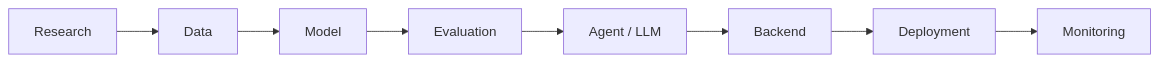
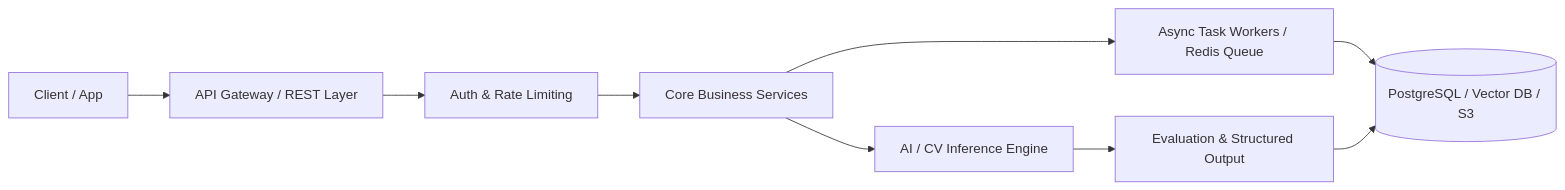
Before and after one commit to saumyasrivastava21/saumyasrivastava21: the first of 4 diagrams in README.md, drawn with Mermaid. The commit also changed other lines of this file, not shown here.

````diff
--- a/README.md
+++ b/README.md
@@ -86,10 +76,11 @@
 ```mermaid
 flowchart LR
-    A[Research] --> B[Data]
-    B --> C[Model]
-    C --> D[Evaluation]
-    D --> E[Agent / LLM]
-    E --> F[Backend]
-    F --> G[Deployment]
-    G --> H[Monitoring]
+    Client[Client / App] --> API[API Gateway / REST Layer]
+    API --> Auth[Auth & Rate Limiting]
+    Auth --> Services[Core Business Services]
+    Services --> Inference[AI / CV Inference Engine]
+    Services --> Async[Async Task Workers / Redis Queue]
+    Inference --> Eval[Evaluation & Structured Output]
+    Async --> DB[(PostgreSQL / Vector DB / S3)]
+    Eval --> DB
 ```
````
